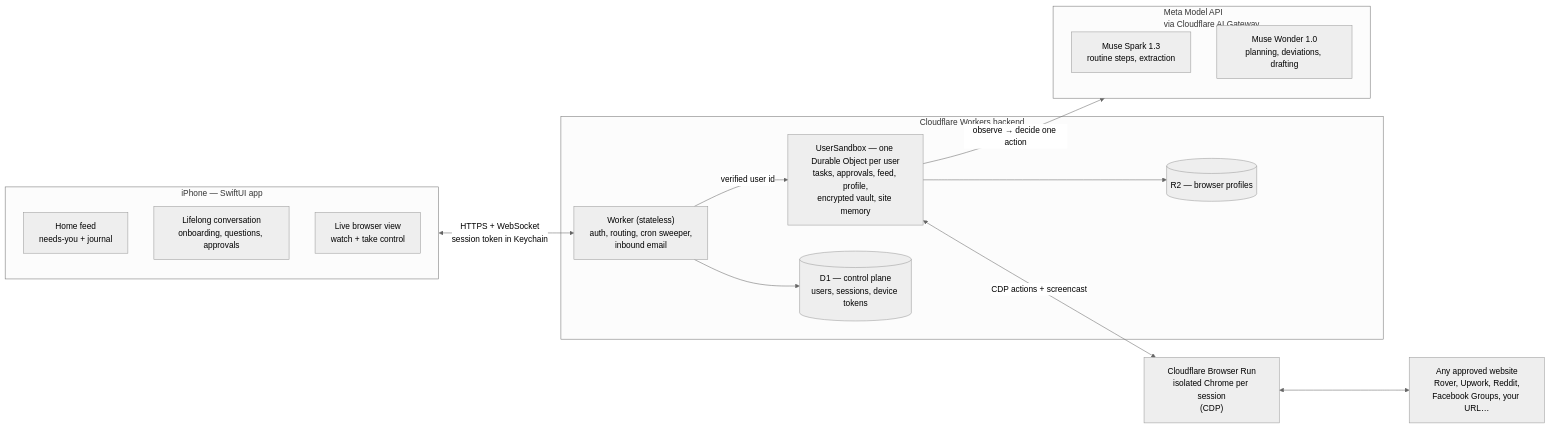
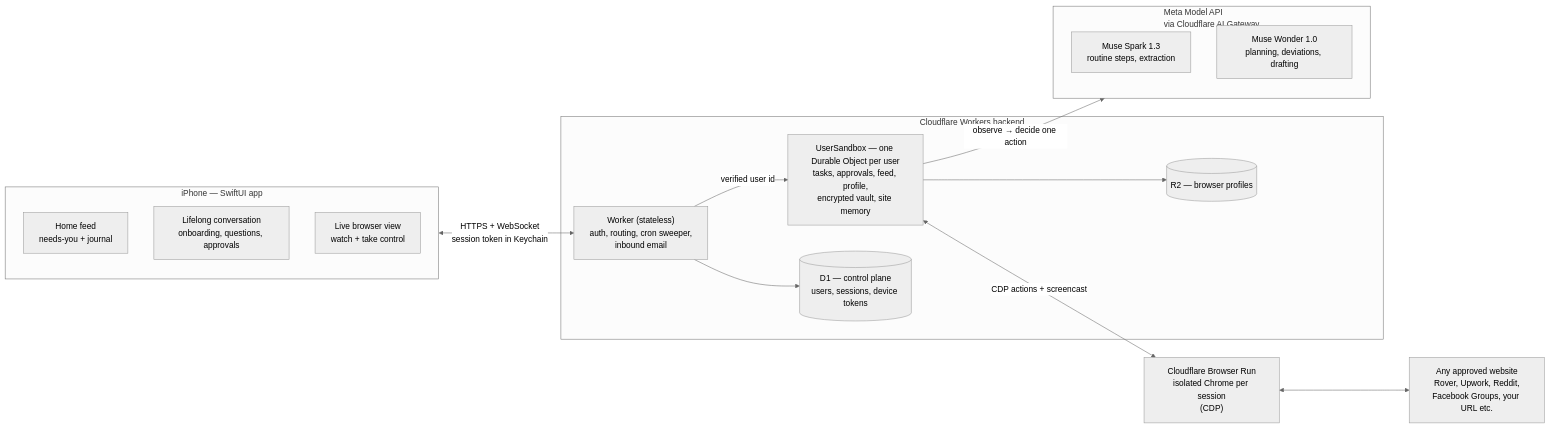
Before and after one commit to Lembergdk/hygge: the first of 2 diagrams in README.md, drawn with Mermaid (neutral theme).

Commit message:
Update README.md for clarity in Sites section

````diff
--- a/README.md
+++ b/README.md
@@ -131,31 +131,31 @@
 ```mermaid
 flowchart LR
     subgraph Phone["iPhone — SwiftUI app"]
         Feed["Home feed<br/>needs-you + journal"]
         Chat["Lifelong conversation<br/>onboarding, questions, approvals"]
         Live["Live browser view<br/>watch + take control"]
     end
 
     subgraph Cloud["Cloudflare Workers backend"]
         Worker["Worker (stateless)<br/>auth, routing, cron sweeper,<br/>inbound email"]
         Sandbox["UserSandbox — one Durable Object per user<br/>tasks, approvals, feed, profile,<br/>encrypted vault, site memory"]
         D1[("D1 — control plane<br/>users, sessions, device tokens")]
         R2[("R2 — browser profiles")]
     end
 
     subgraph Intelligence["Meta Model API<br/>via Cloudflare AI Gateway"]
         Spark["Muse Spark 1.3<br/>routine steps, extraction"]
         Wonder["Muse Wonder 1.0<br/>planning, deviations, drafting"]
     end
 
     Browser["Cloudflare Browser Run<br/>isolated Chrome per session<br/>(CDP)"]
-    Sites["Any approved website<br/>Rover, Upwork, Reddit,<br/>Facebook Groups, your URL…"]
+    Sites["Any approved website<br/>Rover, Upwork, Reddit,<br/>Facebook Groups, your URL etc."]
 
     Phone <-->|"HTTPS + WebSocket<br/>session token in Keychain"| Worker
     Worker -->|"verified user id"| Sandbox
     Worker --> D1
     Sandbox --> R2
     Sandbox -->|"observe → decide one action"| Intelligence
     Sandbox <-->|"CDP actions + screencast"| Browser
     Browser <--> Sites
 ```
````
